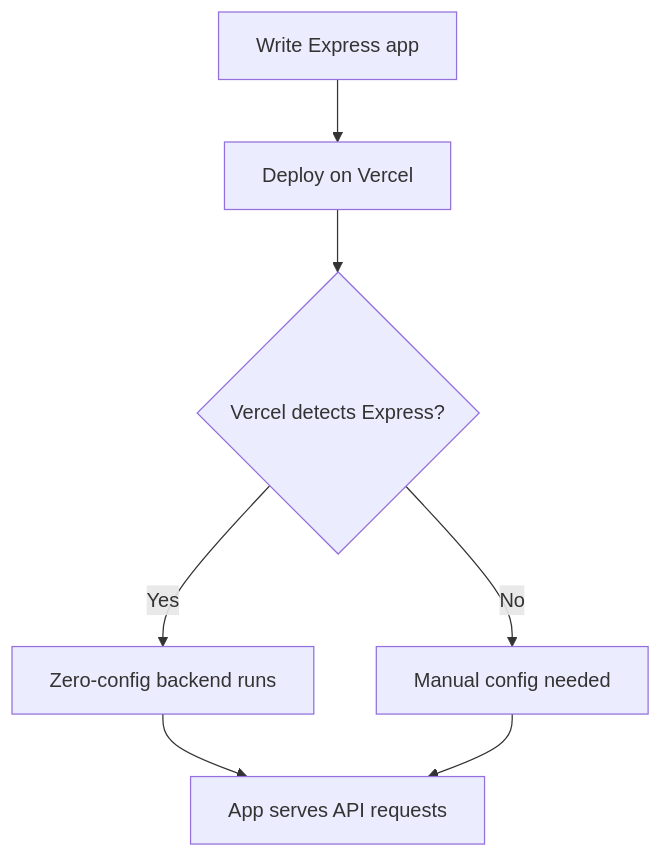
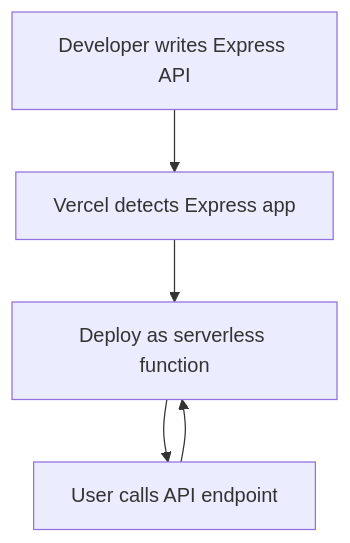
Before and after one commit to zeeshanjunaid/zeeshanjunaid.dev: the diagram in content/blog/2025-09-05-zero-configuration-express-backends-89d739.mdx, drawn with Mermaid. The commit also changed other lines of this file, not shown here.

````diff
--- a/content/blog/2025-09-05-zero-configuration-express-backends-89d739.mdx
+++ b/content/blog/2025-09-05-zero-configuration-express-backends-89d739.mdx
@@ -101,9 +94,8 @@
 ```mermaid
+%% Express backend deployment flow
 flowchart TD
-  A[Write Express app] --> B[Deploy on Vercel]
-  B --> C{Vercel detects Express?}
-  C -- Yes --> D[Zero-config backend runs]
-  C -- No --> E[Manual config needed]
-  D --> F[App serves API requests]
-  E --> F
+  Dev[Developer writes Express API] --> Vercel[Vercel detects Express app]
+  Vercel --> Deploy[Deploy as serverless function]
+  Deploy --> User[User calls API endpoint]
+  User --> Deploy
 ```
````
